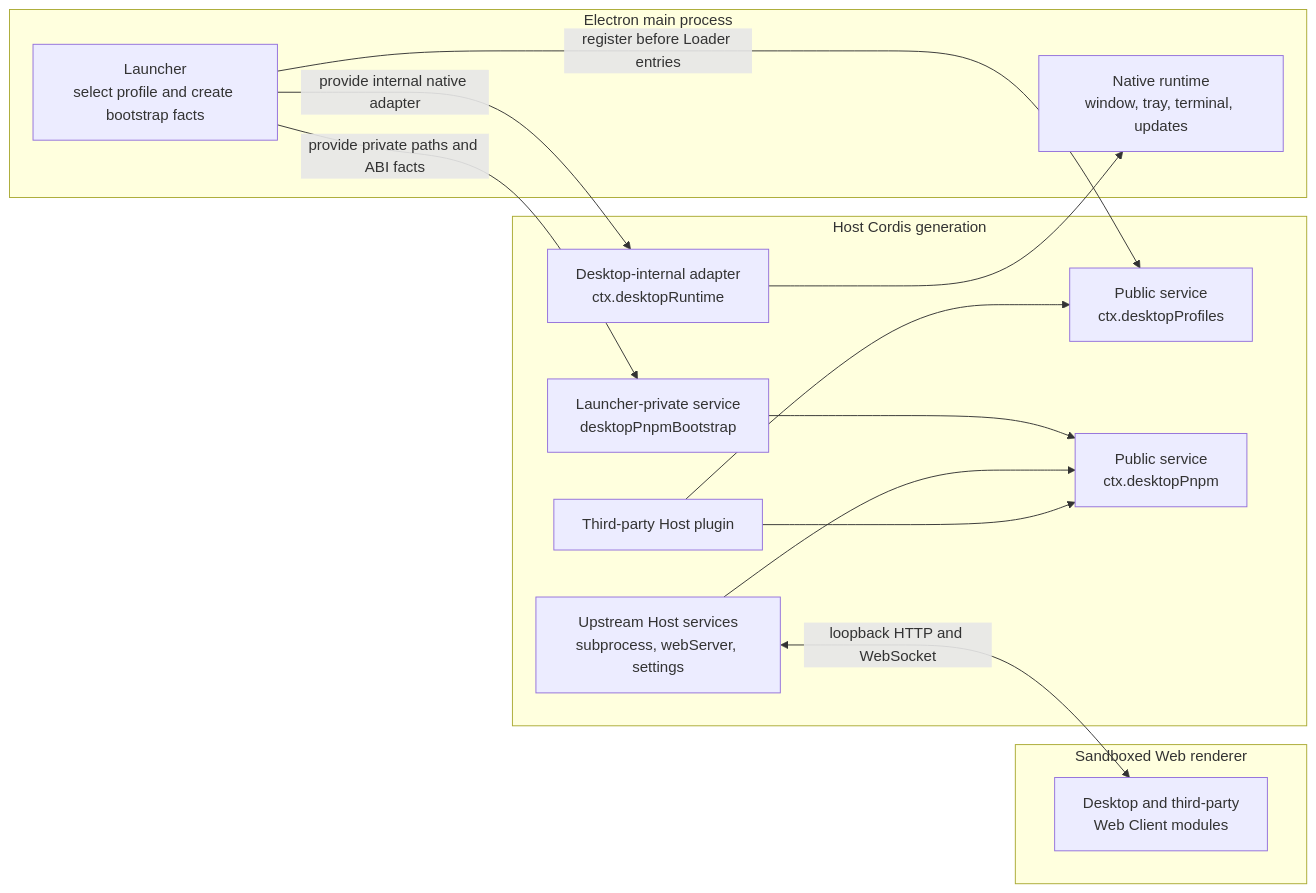
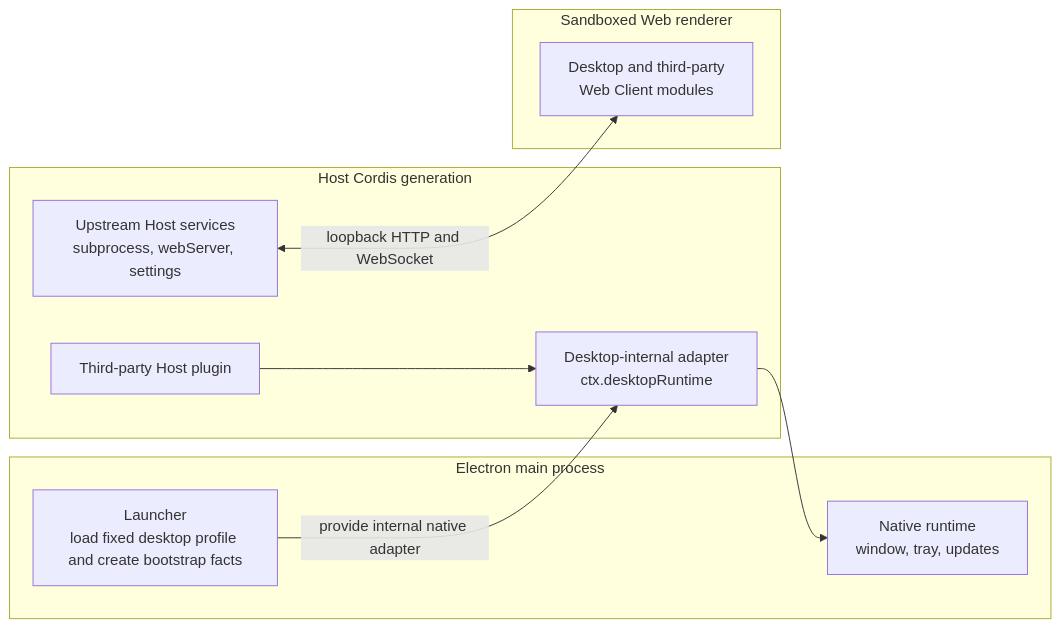
The diagram in packages/host/desktop/docs/plugin-services.md (picoaide/picoaide-harness), drawn with Mermaid before and after one commit. The commit also changed other lines of this file and 45 other files, not shown here.

First line of the commit message:
feat(desktop): 固定 desktop profile 与高级模式，移除终端/模式切换/profile 切换

````diff
--- a/packages/host/desktop/docs/plugin-services.md
+++ b/packages/host/desktop/docs/plugin-services.md
@@ -9,30 +9,22 @@
 ```mermaid
 flowchart LR
   subgraph Electron["Electron main process"]
-    Launcher["Launcher<br/>select profile and create bootstrap facts"]
-    Native["Native runtime<br/>window, tray, terminal, updates"]
+    Launcher["Launcher<br/>load fixed desktop profile and create bootstrap facts"]
+    Native["Native runtime<br/>window, tray, updates"]
   end
 
   subgraph Host["Host Cordis generation"]
-    Profiles["Public service<br/>ctx.desktopProfiles"]
-    Bootstrap["Launcher-private service<br/>desktopPnpmBootstrap"]
-    Pnpm["Public service<br/>ctx.desktopPnpm"]
     Runtime["Desktop-internal adapter<br/>ctx.desktopRuntime"]
     Upstream["Upstream Host services<br/>subprocess, webServer, settings"]
     Plugin["Third-party Host plugin"]
   end
 
   subgraph Renderer["Sandboxed Web renderer"]
     Client["Desktop and third-party<br/>Web Client modules"]
   end
 
-  Launcher -->|"register before Loader entries"| Profiles
-  Launcher -->|"provide private paths and ABI facts"| Bootstrap
   Launcher -->|"provide internal native adapter"| Runtime
-  Bootstrap --> Pnpm
-  Upstream --> Pnpm
   Runtime --> Native
-  Plugin --> Profiles
-  Plugin --> Pnpm
+  Plugin --> Runtime
   Upstream <-->|"loopback HTTP and WebSocket"| Client
 ```
````
